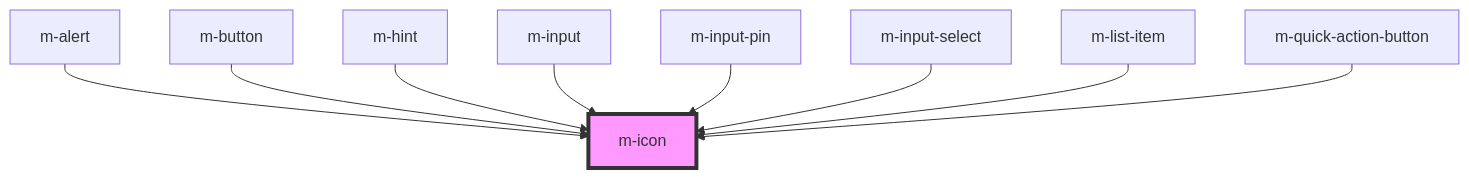
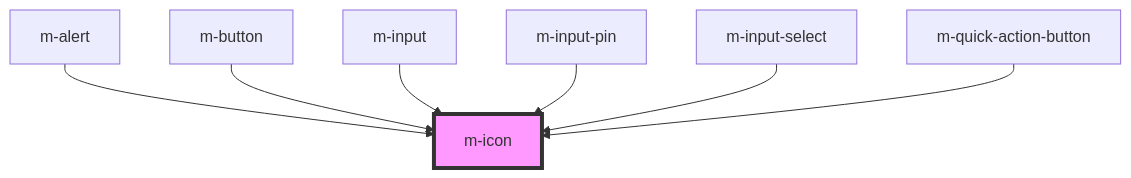
Before and after one commit to dynamic-framework/dynamic-ui: the diagram in libraries/modyo-design-system/src/components/m-icon/readme.md, drawn with Mermaid. The commit also changed other lines of this file and 7 other files, not shown here.

````diff
--- a/libraries/modyo-design-system/src/components/m-icon/readme.md
+++ b/libraries/modyo-design-system/src/components/m-icon/readme.md
@@ -39,12 +37,10 @@
 ```mermaid
 graph TD;
   m-alert --> m-icon
   m-button --> m-icon
-  m-hint --> m-icon
   m-input --> m-icon
   m-input-pin --> m-icon
   m-input-select --> m-icon
-  m-list-item --> m-icon
   m-quick-action-button --> m-icon
   style m-icon fill:#f9f,stroke:#333,stroke-width:4px
 ```
````
